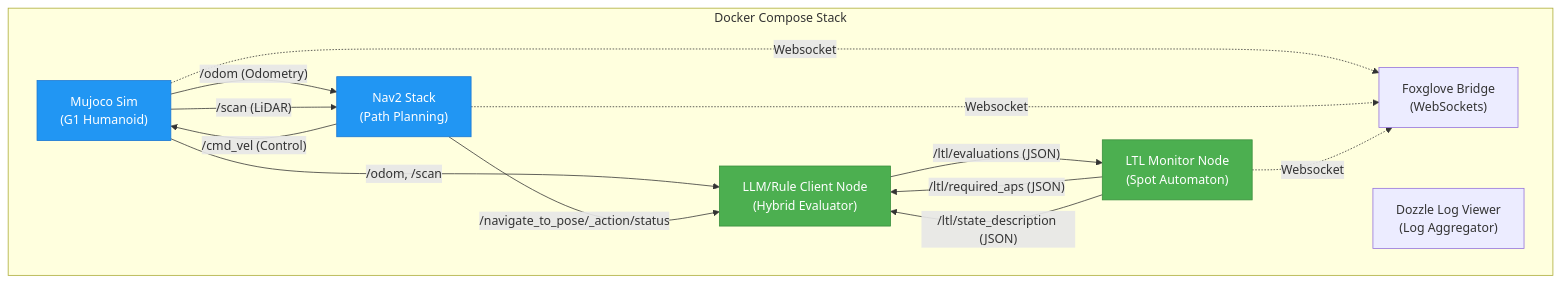
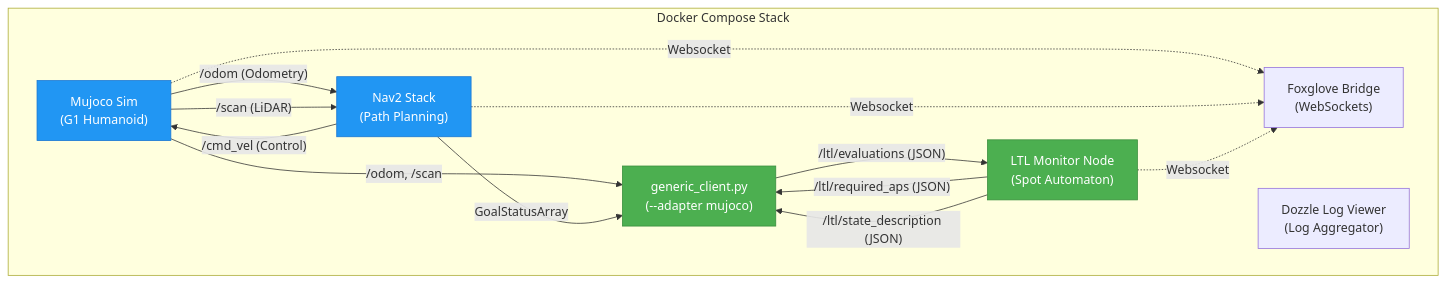
Before and after one commit to pinhas019/LtlMonitor: the first of 3 diagrams in system_description.md, drawn with Mermaid. The commit also changed other lines of this file and 2 other files, not shown here.

First line of the commit message:
docs: update README/system_description/g1_bridges for the adapter architecture

````diff
--- a/system_description.md
+++ b/system_description.md
@@ -15,35 +17,35 @@
 ```mermaid
 graph TD
     subgraph "Docker Compose Stack"
         Mujoco["Mujoco Sim<br>(G1 Humanoid)"]
         Nav2["Nav2 Stack<br>(Path Planning)"]
         Monitor["LTL Monitor Node<br>(Spot Automaton)"]
-        LLMClient["LLM/Rule Client Node<br>(Hybrid Evaluator)"]
+        Evaluator["generic_client.py<br>(--adapter mujoco)"]
         Foxglove["Foxglove Bridge<br>(WebSockets)"]
         Dozzle["Dozzle Log Viewer<br>(Log Aggregator)"]
     end
 
     %% Simulation & Navigation
     Mujoco -->|"/odom (Odometry)"| Nav2
     Mujoco -->|"/scan (LiDAR)"| Nav2
     Nav2 -->|"/cmd_vel (Control)"| Mujoco
     
     %% Sensor streaming to Evaluator
-    Mujoco -->|"/odom, /scan"| LLMClient
-    Nav2 -->|"/navigate_to_pose/_action/status"| LLMClient
+    Mujoco -->|"/odom, /scan"| Evaluator
+    Nav2 -->|"GoalStatusArray"| Evaluator
     
     %% LTL Two-Way Protocol
-    Monitor -->|"/ltl/required_aps (JSON)"| LLMClient
-    Monitor -->|"/ltl/state_description (JSON)"| LLMClient
-    LLMClient -->|"/ltl/evaluations (JSON)"| Monitor
+    Monitor -->|"/ltl/required_aps (JSON)"| Evaluator
+    Monitor -->|"/ltl/state_description (JSON)"| Evaluator
+    Evaluator -->|"/ltl/evaluations (JSON)"| Monitor
     
     %% External Visualization
     Mujoco -.->|Websocket| Foxglove
     Nav2 -.->|Websocket| Foxglove
     Monitor -.->|Websocket| Foxglove
     
     classDef primary fill:#4CAF50,stroke:#388E3C,color:#fff;
     classDef secondary fill:#2196F3,stroke:#1976D2,color:#fff;
-    class Monitor,LLMClient primary;
+    class Monitor,Evaluator primary;
     class Mujoco,Nav2 secondary;
 ```
````
